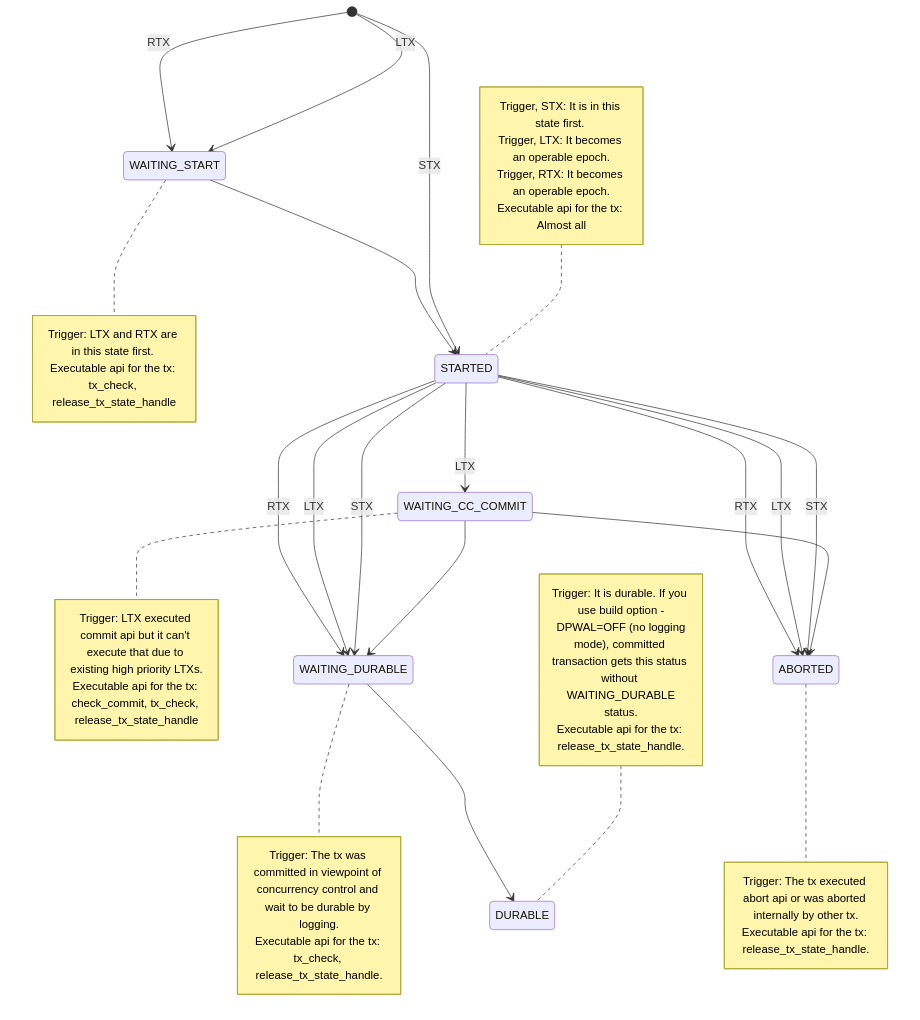
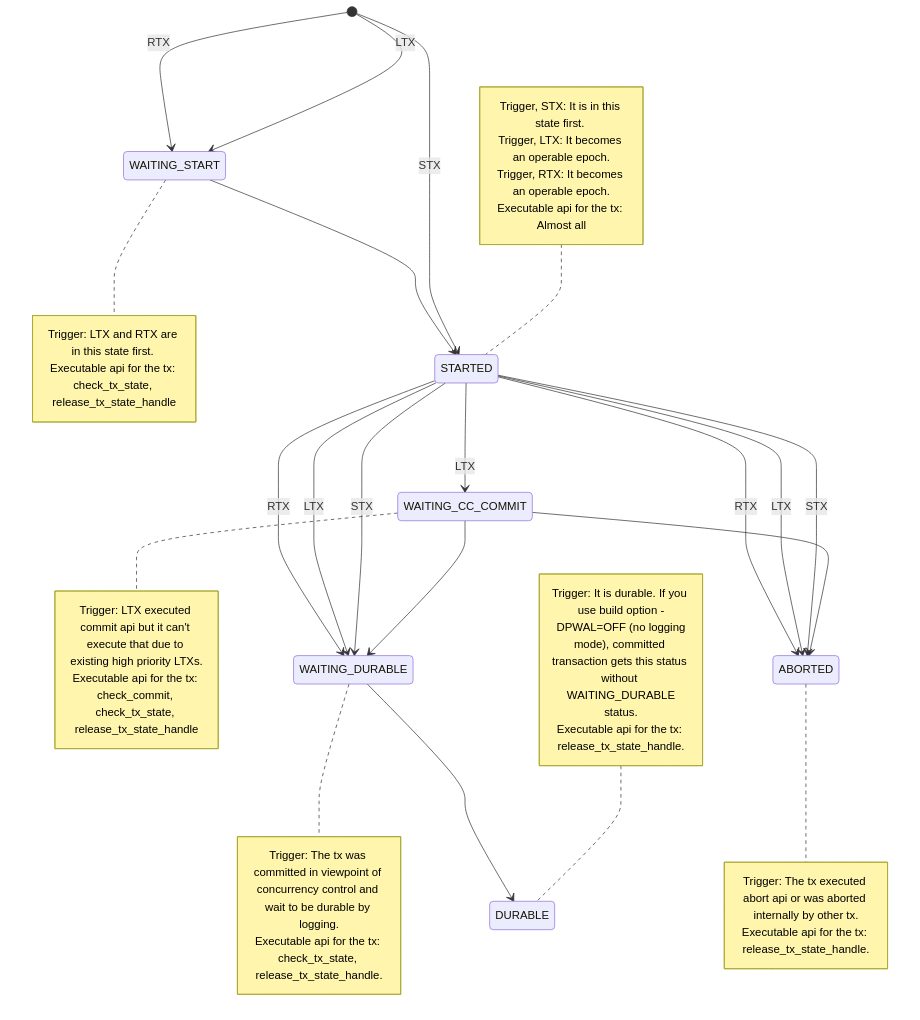
The diagram in docs/transaction_state.md (project-tsurugi/shirakami), drawn with Mermaid before and after one commit. The commit also changed 6 other files, not shown here.

````diff
--- a/docs/transaction_state.md
+++ b/docs/transaction_state.md
@@ -6,54 +6,54 @@
 ```mermaid
 stateDiagram-v2
     WAITING_START
     note right of WAITING_START
         Trigger: LTX and RTX are in this state first. 
-        Executable api for the tx: tx_check, release_tx_state_handle
+        Executable api for the tx: check_tx_state, release_tx_state_handle
     end note
     STARTED
     note left of STARTED
         Trigger, STX: It is in this state first. 
         Trigger, LTX: It becomes an operable epoch.
         Trigger, RTX: It becomes an operable epoch.
         Executable api for the tx: Almost all
     end note
     WAITING_CC_COMMIT
     note right of WAITING_CC_COMMIT
         Trigger: LTX executed commit api but it can't execute that due to 
         existing high priority LTXs.
-        Executable api for the tx: check_commit, tx_check, release_tx_state_handle
+        Executable api for the tx: check_commit, check_tx_state, release_tx_state_handle
     end note
     ABORTED
     note right of ABORTED
         Trigger: The tx executed abort api or was aborted internally by other tx.
         Executable api for the tx: release_tx_state_handle.
     end note
     WAITING_DURABLE
     note right of WAITING_DURABLE
         Trigger: The tx was committed in viewpoint of concurrency control and 
         wait to be durable by logging.
-        Executable api for the tx: tx_check, release_tx_state_handle.
+        Executable api for the tx: check_tx_state, release_tx_state_handle.
     end note
     DURABLE
     note left of DURABLE
         Trigger: It is durable. If you use build option -DPWAL=OFF (no logging
         mode), committed transaction gets this status without WAITING_DURABLE
         status.
         Executable api for the tx: release_tx_state_handle.
     end note
 
     [*] --> STARTED: STX
     [*] --> WAITING_START: LTX
     [*] --> WAITING_START: RTX
     WAITING_START --> STARTED
     STARTED --> WAITING_CC_COMMIT: LTX
     WAITING_CC_COMMIT --> ABORTED
     WAITING_CC_COMMIT --> WAITING_DURABLE
     STARTED --> WAITING_DURABLE: STX
     STARTED --> WAITING_DURABLE: LTX
     STARTED --> WAITING_DURABLE: RTX
     STARTED --> ABORTED: STX
     STARTED --> ABORTED: LTX
     STARTED --> ABORTED: RTX
     WAITING_DURABLE --> DURABLE
 ```
````
